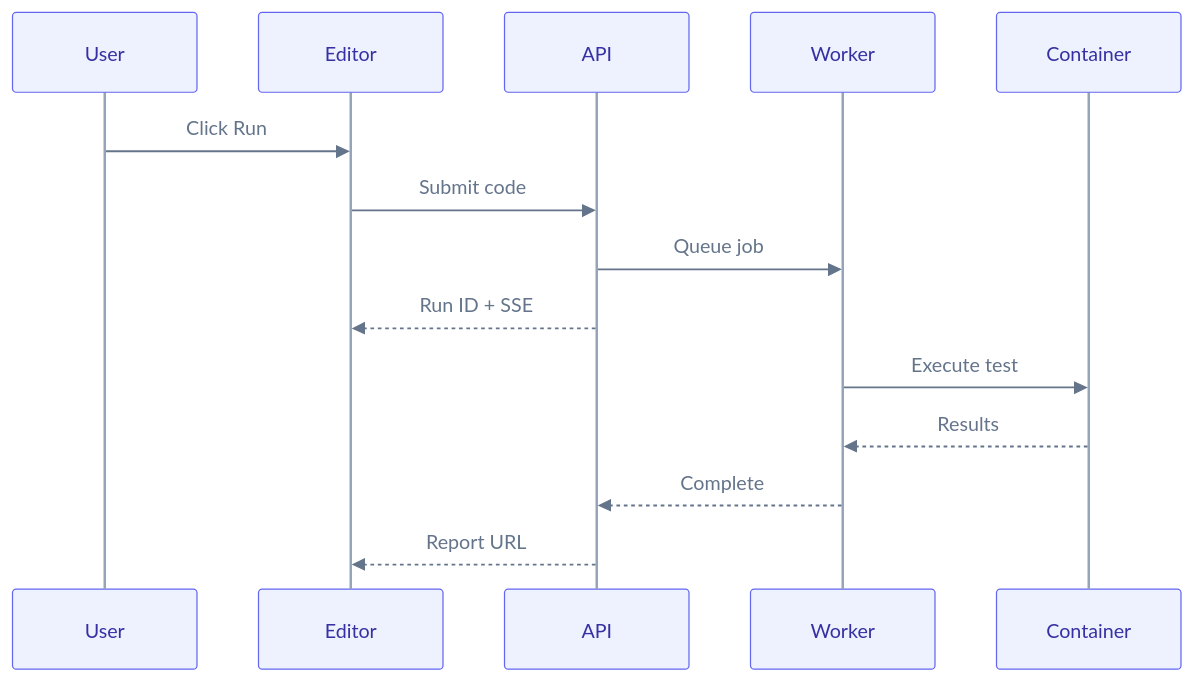
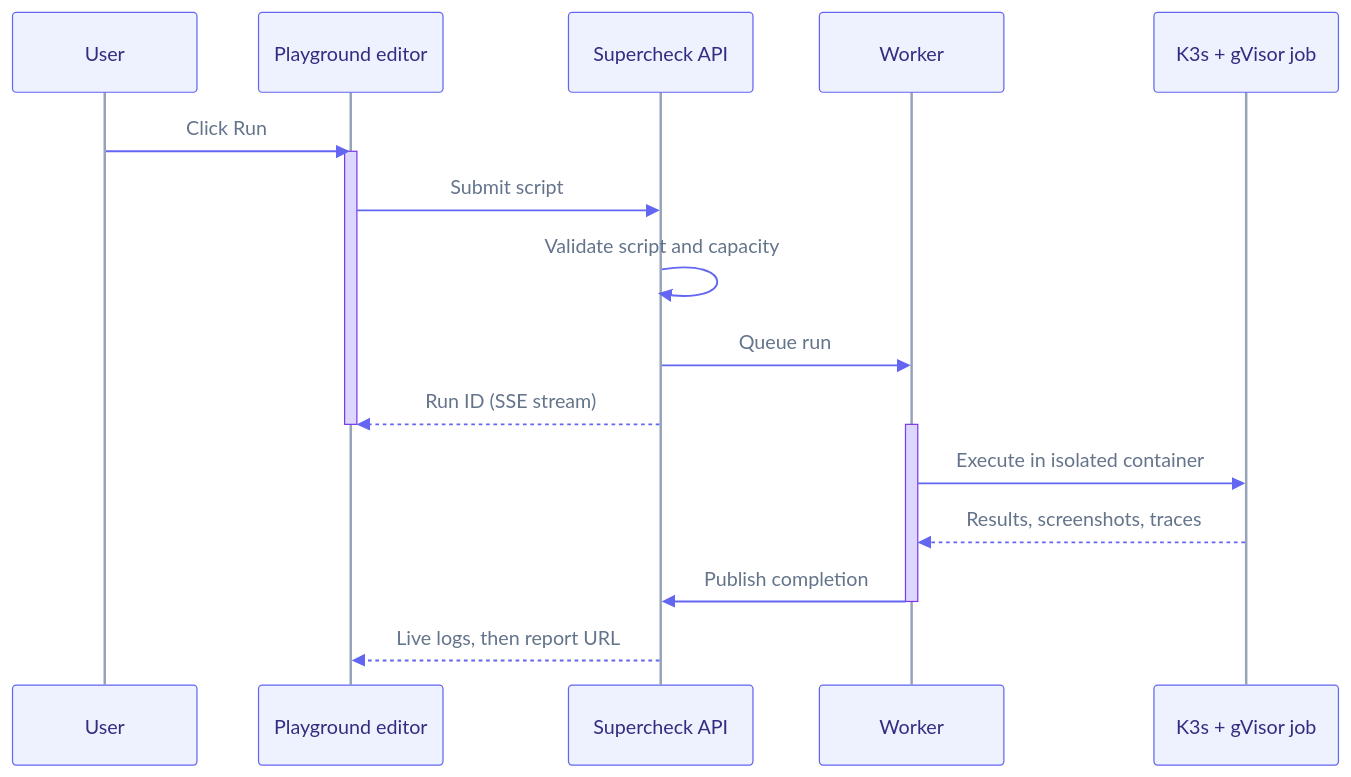
The diagram in docs/content/docs/app/automate/playground.mdx (supercheck-io/supercheck), drawn with Mermaid before and after one commit. The commit also changed 17 other files, not shown here.

First line of the commit message:
docs: restore original colors, add AI SRE to architecture, reorganize + multi-color diagrams (#310)

````diff
--- a/docs/content/docs/app/automate/playground.mdx
+++ b/docs/content/docs/app/automate/playground.mdx
@@ -25,18 +25,23 @@
 ```mermaid
-%%{init: {"theme":"base","themeVariables":{"fontFamily":"ui-sans-serif, system-ui, -apple-system, Segoe UI, Roboto, sans-serif","primaryColor":"#eef2ff","primaryTextColor":"#3730a3","primaryBorderColor":"#6366f1","lineColor":"#94a3b8","secondaryColor":"#fffbeb","secondaryTextColor":"#92400e","secondaryBorderColor":"#f59e0b","tertiaryColor":"#ecfdf5","tertiaryTextColor":"#065f46","tertiaryBorderColor":"#10b981","clusterBkg":"#f8fafc","clusterBorder":"#cbd5e1","edgeLabelBackground":"#ffffff","actorBkg":"#eef2ff","actorBorder":"#6366f1","actorTextColor":"#3730a3","actorLineColor":"#94a3b8","signalColor":"#64748b","signalTextColor":"#64748b","labelBoxBkgColor":"#fffbeb","labelBoxBorderColor":"#f59e0b","labelTextColor":"#92400e","loopTextColor":"#64748b","activationBkgColor":"#ddd6fe","activationBorderColor":"#7c3aed","noteBkgColor":"#fef9c3","noteBorderColor":"#eab308","noteTextColor":"#713f12","textColor":"#475569","mainBkg":"#ffffff"}}}%%
+%%{init: {"theme":"base","themeVariables":{"fontFamily":"ui-sans-serif, system-ui, -apple-system, Segoe UI, Roboto, sans-serif","actorBkg":"#eef2ff","actorBorder":"#6366f1","actorTextColor":"#312e81","actorLineColor":"#94a3b8","signalColor":"#6366f1","signalTextColor":"#64748b","labelBoxBkgColor":"#fef3c7","labelBoxBorderColor":"#d97706","labelTextColor":"#78350f","loopTextColor":"#64748b","activationBkgColor":"#ddd6fe","activationBorderColor":"#7c3aed","noteBkgColor":"#fef3c7","noteBorderColor":"#d97706","noteTextColor":"#78350f","textColor":"#64748b","lineColor":"#94a3b8","mainBkg":"transparent"}}}%%
 sequenceDiagram
     participant User
-    participant Editor
-    participant API
+    participant Editor as Playground editor
+    participant API as Supercheck API
     participant Worker
-    participant Container
+    participant Sandbox as K3s + gVisor job
 
     User->>Editor: Click Run
-    Editor->>API: Submit code
-    API->>Worker: Queue job
-    API-->>Editor: Run ID + SSE
-    Worker->>Container: Execute test
-    Container-->>Worker: Results
-    Worker-->>API: Complete
-    API-->>Editor: Report URL
+    activate Editor
+    Editor->>API: Submit script
+    API->>API: Validate script and capacity
+    API->>Worker: Queue run
+    API-->>Editor: Run ID (SSE stream)
+    deactivate Editor
+    activate Worker
+    Worker->>Sandbox: Execute in isolated container
+    Sandbox-->>Worker: Results, screenshots, traces
+    Worker->>API: Publish completion
+    deactivate Worker
+    API-->>Editor: Live logs, then report URL
 ```
````
